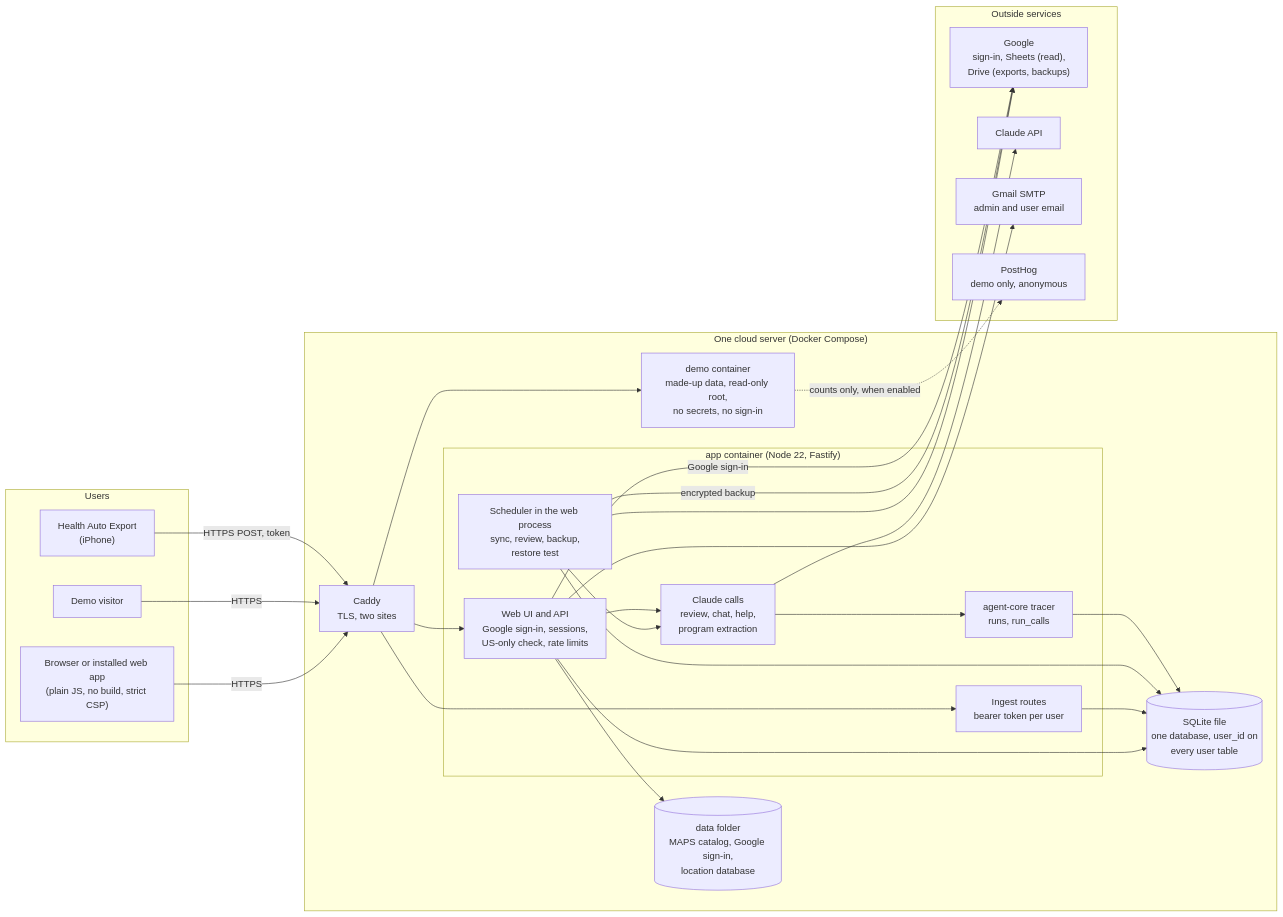
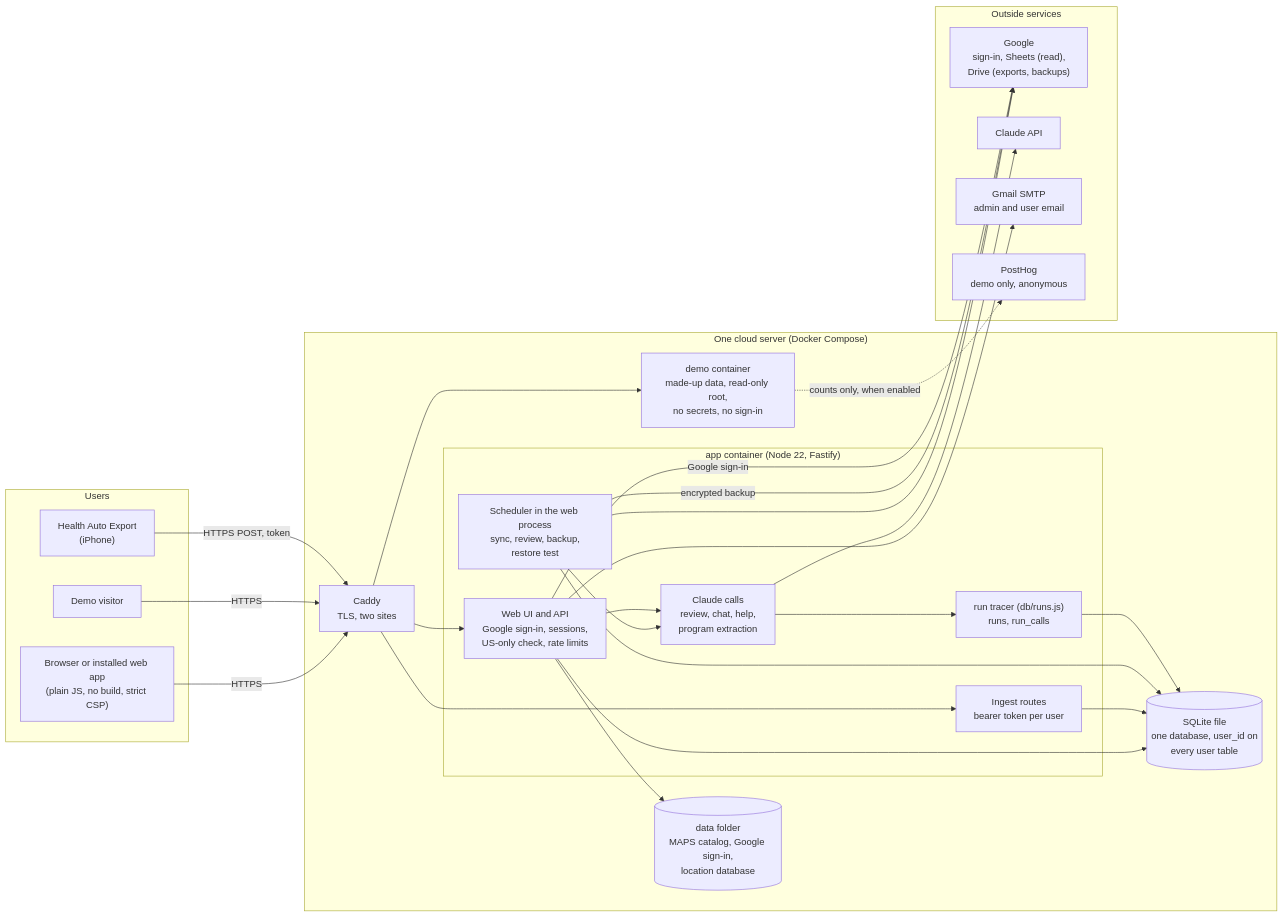
The diagram in docs/architecture/current.md (scottmroth5/Health-Review), drawn with Mermaid before and after one commit. The commit also changed other lines of this file and 24 other files, not shown here.

````diff
--- a/docs/architecture/current.md
+++ b/docs/architecture/current.md
@@ -6,50 +6,50 @@
 ```mermaid
 flowchart LR
   subgraph Users
     B["Browser or installed web app<br/>(plain JS, no build, strict CSP)"]
     V["Demo visitor"]
     HAE["Health Auto Export<br/>(iPhone)"]
   end
 
   subgraph Server["One cloud server (Docker Compose)"]
     C["Caddy<br/>TLS, two sites"]
     subgraph App["app container (Node 22, Fastify)"]
       W["Web UI and API<br/>Google sign-in, sessions,<br/>US-only check, rate limits"]
       I["Ingest routes<br/>bearer token per user"]
       S["Scheduler in the web process<br/>sync, review, backup,<br/>restore test"]
       AI["Claude calls<br/>review, chat, help,<br/>program extraction"]
-      T["agent-core tracer<br/>runs, run_calls"]
+      T["run tracer (db/runs.js)<br/>runs, run_calls"]
     end
     D["demo container<br/>made-up data, read-only root,<br/>no secrets, no sign-in"]
     DB[("SQLite file<br/>one database, user_id on<br/>every user table")]
     F[("data folder<br/>MAPS catalog, Google sign-in,<br/>location database")]
   end
 
   subgraph Outside["Outside services"]
     G["Google<br/>sign-in, Sheets (read),<br/>Drive (exports, backups)"]
     CL["Claude API"]
     M["Gmail SMTP<br/>admin and user email"]
     PH["PostHog<br/>demo only, anonymous"]
   end
 
   B -->|HTTPS| C
   V -->|HTTPS| C
   HAE -->|"HTTPS POST, token"| C
   C --> W
   C --> I
   C --> D
   W --> DB
   I --> DB
   S --> DB
   S --> G
   S --> AI
   W --> AI
   AI --> CL
   AI --> T
   T --> DB
   W --> F
   S -->|"encrypted backup"| G
   W --> M
   W -->|"Google sign-in"| G
   D -.->|"counts only, when enabled"| PH
 ```
````
